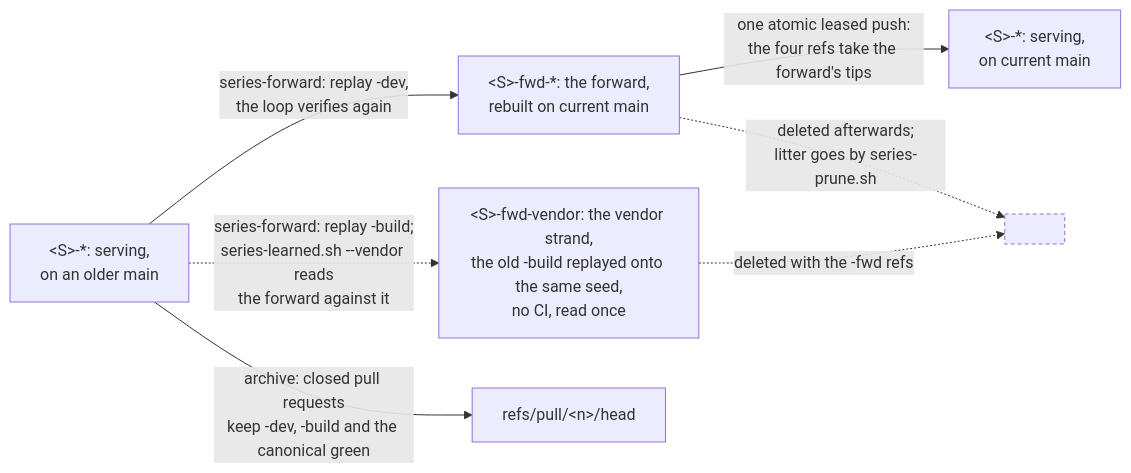
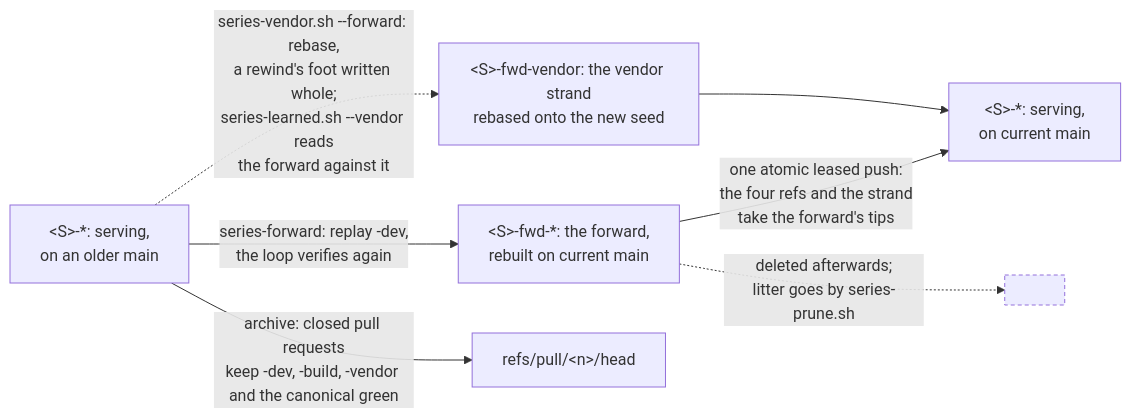
One commit to duckdb/duckdb-r changed the second of 2 diagrams in handbook/branches/model/README.md. Above: the diagram before and after it, drawn with Mermaid. The commit also changed other lines of this file and 19 other files, not shown here.

````diff
--- a/handbook/branches/model/README.md
+++ b/handbook/branches/model/README.md
@@ -77,14 +82,14 @@
 ```mermaid
 flowchart LR
   S["#60;S#62;-*: serving,<br>on an older main"]
   F["#60;S#62;-fwd-*: the forward,<br>rebuilt on current main"]
-  V["#60;S#62;-fwd-vendor: the vendor strand,<br>the old -build replayed onto the same seed,<br>no CI, read once"]
+  V["#60;S#62;-fwd-vendor: the vendor strand<br>rebased onto the new seed"]
   S -->|"series-forward: replay -dev,<br>the loop verifies again"| F
-  S -.->|"series-forward: replay -build;<br>series-learned.sh --vendor reads<br>the forward against it"| V
-  S -->|"archive: closed pull requests<br>keep -dev, -build and the canonical green"| A["refs/pull/#60;n#62;/head"]
-  F -->|"one atomic leased push:<br>the four refs take the forward's tips"| S2["#60;S#62;-*: serving,<br>on current main"]
+  S -.->|"series-vendor.sh --forward: rebase,<br>a rewind's foot written whole;<br>series-learned.sh --vendor reads<br>the forward against it"| V
+  S -->|"archive: closed pull requests<br>keep -dev, -build, -vendor and the canonical green"| A["refs/pull/#60;n#62;/head"]
+  F -->|"one atomic leased push:<br>the four refs and the strand<br>take the forward's tips"| S2["#60;S#62;-*: serving,<br>on current main"]
+  V --> S2
   F -.->|"deleted afterwards;<br>litter goes by series-prune.sh"| X[" "]
-  V -.->|"deleted with the -fwd refs"| X
   classDef gone stroke-dasharray: 4 3
   class X gone
 ```
````
